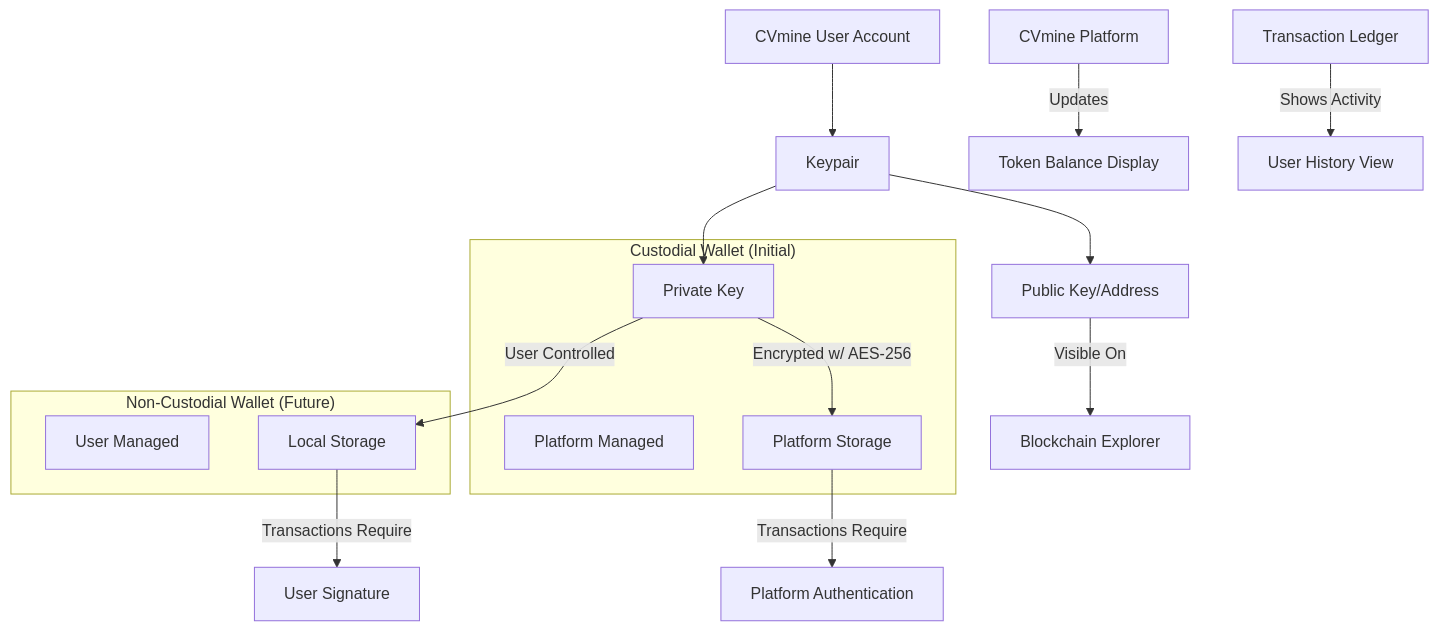
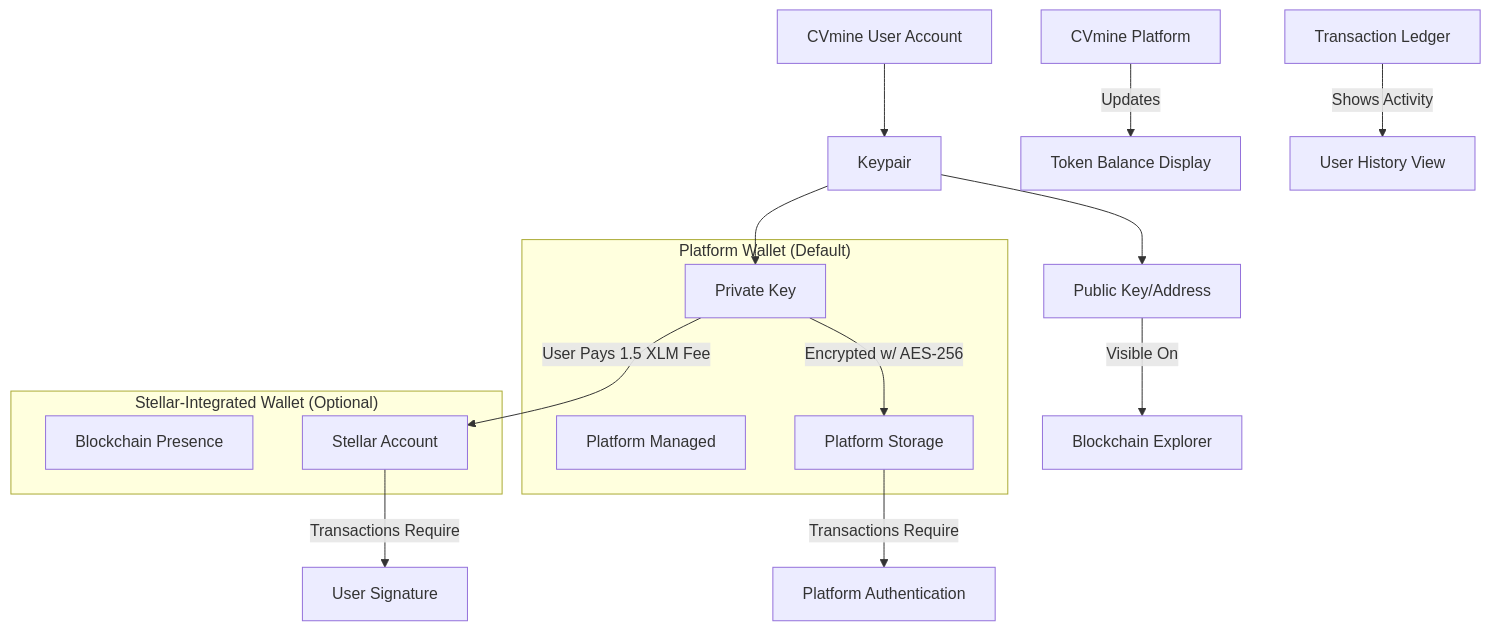
Diagram 16 of 25 in whitepaper.md (karthikhosur/italtoken), drawn with Mermaid before and after one commit. The commit also changed other lines of this file, not shown here.

````diff
--- a/whitepaper.md
+++ b/whitepaper.md
@@ -415,23 +679,23 @@
 ```mermaid
 graph TD
     A[CVmine User Account] --> B[Keypair]
     B --> C[Public Key/Address]
     B --> D[Private Key]
     
-    subgraph "Custodial Wallet (Initial)"
+    subgraph "Platform Wallet (Default)"
     E[Platform Managed]
     D -->|Encrypted w/ AES-256| F[Platform Storage]
     end
     
-    subgraph "Non-Custodial Wallet (Future)"
-    G[User Managed]
-    D -->|User Controlled| H[Local Storage]
+    subgraph "Stellar-Integrated Wallet (Optional)"
+    G[Blockchain Presence]
+    D -->|User Pays 1.5 XLM Fee| H[Stellar Account]
     end
     
     C -->|Visible On| I[Blockchain Explorer]
     F -->|Transactions Require| J[Platform Authentication]
     H -->|Transactions Require| K[User Signature]
     
     L[CVmine Platform] -->|Updates| M[Token Balance Display]
     N[Transaction Ledger] -->|Shows Activity| O[User History View]
 ```
````
